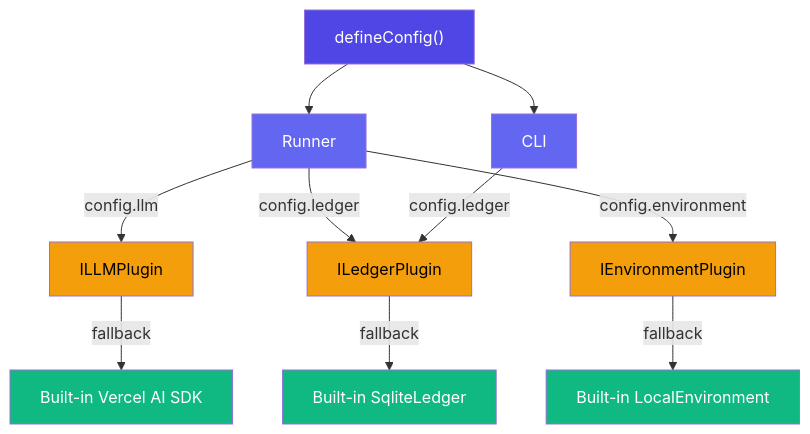
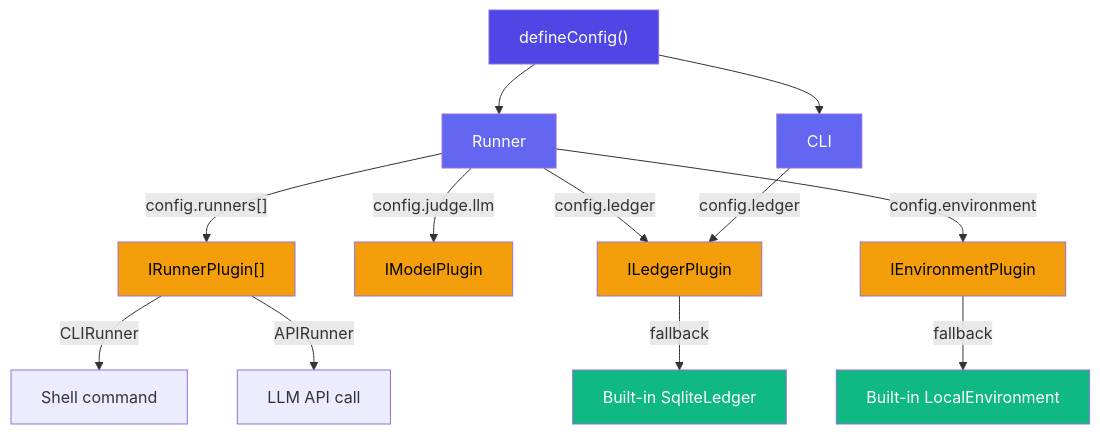
Before and after one commit to Tlahey/agent-eval: the second of 2 diagrams in apps/docs/guide/plugins.md, drawn with Mermaid. The commit also changed other lines of this file and 25 other files, not shown here.

````diff
--- a/apps/docs/guide/plugins.md
+++ b/apps/docs/guide/plugins.md
@@ -132,24 +168,26 @@
 ```mermaid
 flowchart TB
     CONFIG["defineConfig()"] --> RUNNER["Runner"]
     CONFIG --> CLI["CLI"]
 
-    RUNNER -->|"config.llm"| LLM["ILLMPlugin"]
+    RUNNER -->|"config.runners[]"| RP["IRunnerPlugin[]"]
+    RUNNER -->|"config.judge.llm"| MP["IModelPlugin"]
     RUNNER -->|"config.ledger"| LEDGER["ILedgerPlugin"]
     RUNNER -->|"config.environment"| ENV["IEnvironmentPlugin"]
     CLI -->|"config.ledger"| LEDGER
 
-    LLM -->|"fallback"| VERCEL["Built-in Vercel AI SDK"]
+    RP -->|"CLIRunner"| CLIR["Shell command"]
+    RP -->|"APIRunner"| APIR["LLM API call"]
     LEDGER -->|"fallback"| SQLITE["Built-in SqliteLedger"]
     ENV -->|"fallback"| LOCAL["Built-in LocalEnvironment"]
 
     style CONFIG fill:#4f46e5,color:#fff
     style RUNNER fill:#6366f1,color:#fff
     style CLI fill:#6366f1,color:#fff
-    style LLM fill:#f59e0b,color:#000
+    style RP fill:#f59e0b,color:#000
+    style MP fill:#f59e0b,color:#000
     style LEDGER fill:#f59e0b,color:#000
     style ENV fill:#f59e0b,color:#000
-    style VERCEL fill:#10b981,color:#fff
     style SQLITE fill:#10b981,color:#fff
     style LOCAL fill:#10b981,color:#fff
 ```
````
